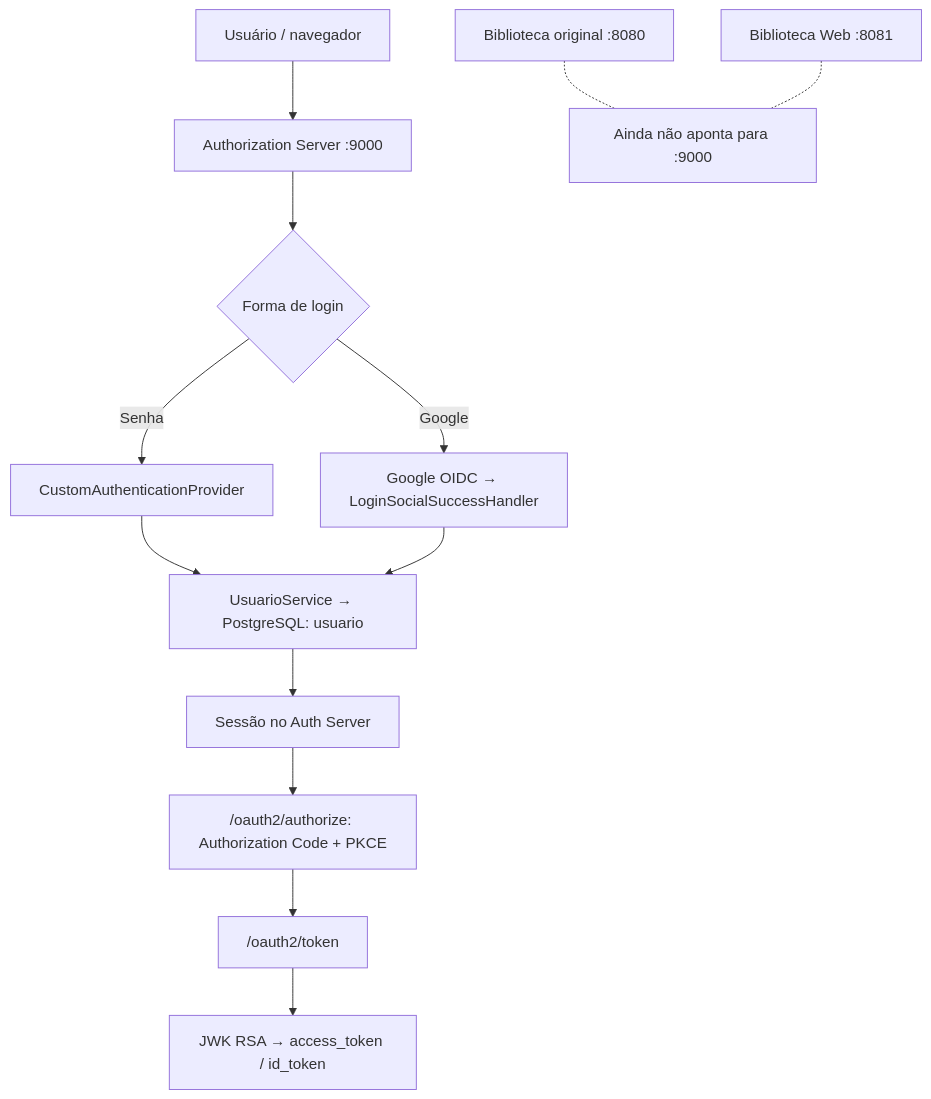
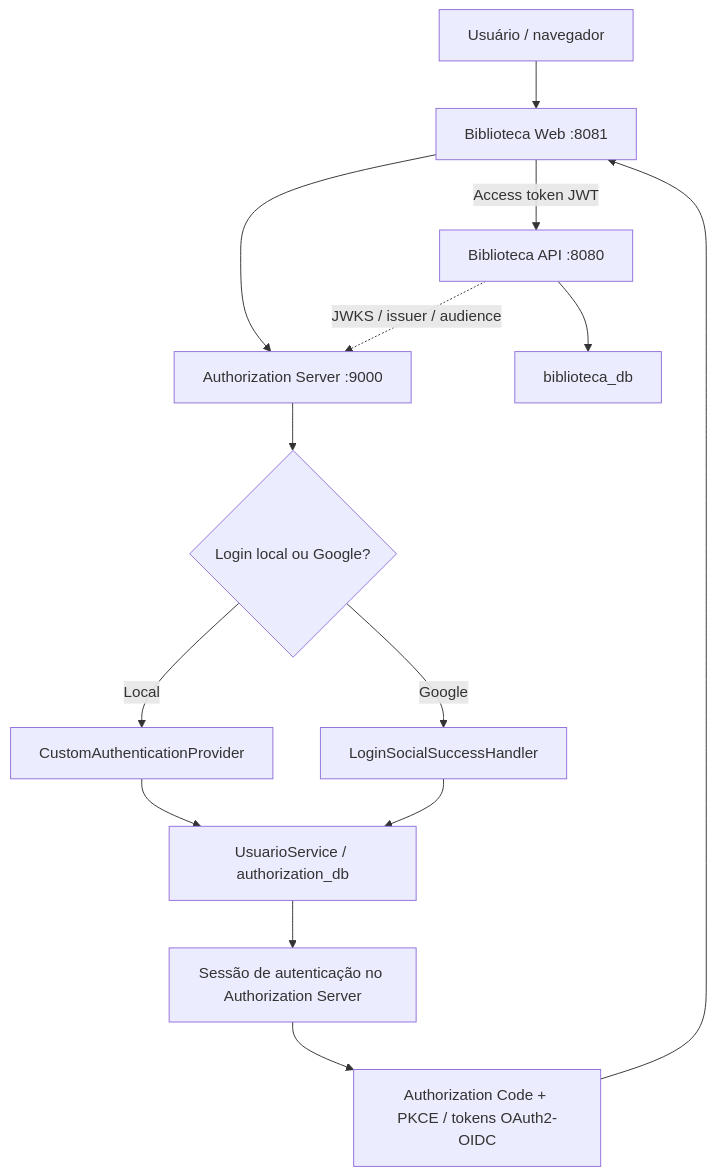
One commit to gabrielppg123/biblioteca-spring-boot changed the diagram in authorization-server/docs/fluxos/01-autorizacao-isolada.md. Above: the diagram before and after it, drawn with Mermaid. The commit also changed other lines of this file and 6 other files, not shown here.

````diff
--- a/authorization-server/docs/fluxos/01-autorizacao-isolada.md
+++ b/authorization-server/docs/fluxos/01-autorizacao-isolada.md
@@ -3,15 +3,16 @@
 ```mermaid
 flowchart TD
-    H["Usuário / navegador"] --> AS["Authorization Server :9000"]
-    AS --> Escolha{"Forma de login"}
-    Escolha -->|Senha| Local["CustomAuthenticationProvider"]
-    Escolha -->|Google| Social["Google OIDC → LoginSocialSuccessHandler"]
-    Local --> Usuario["UsuarioService → PostgreSQL: usuario"]
+    H["Usuário / navegador"] --> W["Biblioteca Web :8081"]
+    W --> AS["Authorization Server :9000"]
+    AS --> Escolha{"Login local ou Google?"}
+    Escolha -->|Local| Local["CustomAuthenticationProvider"]
+    Escolha -->|Google| Social["LoginSocialSuccessHandler"]
+    Local --> Usuario["UsuarioService / authorization_db"]
     Social --> Usuario
-    Usuario --> Sessao["Sessão no Auth Server"]
-    Sessao --> Authorize["/oauth2/authorize: Authorization Code + PKCE"]
-    Authorize --> Token["/oauth2/token"]
-    Token --> Assinatura["JWK RSA → access_token / id_token"]
-    AsR["Biblioteca original :8080"] -.- X["Ainda não aponta para :9000"]
-    Web["Biblioteca Web :8081"] -.- X
+    Usuario --> Sessao["Sessão de autenticação no Authorization Server"]
+    Sessao --> Token["Authorization Code + PKCE / tokens OAuth2-OIDC"]
+    Token --> W
+    W -->|"Access token JWT"| API["Biblioteca API :8080"]
+    API --> Dados["biblioteca_db"]
+    API -.->|"JWKS / issuer / audience"| AS
 ```
````
